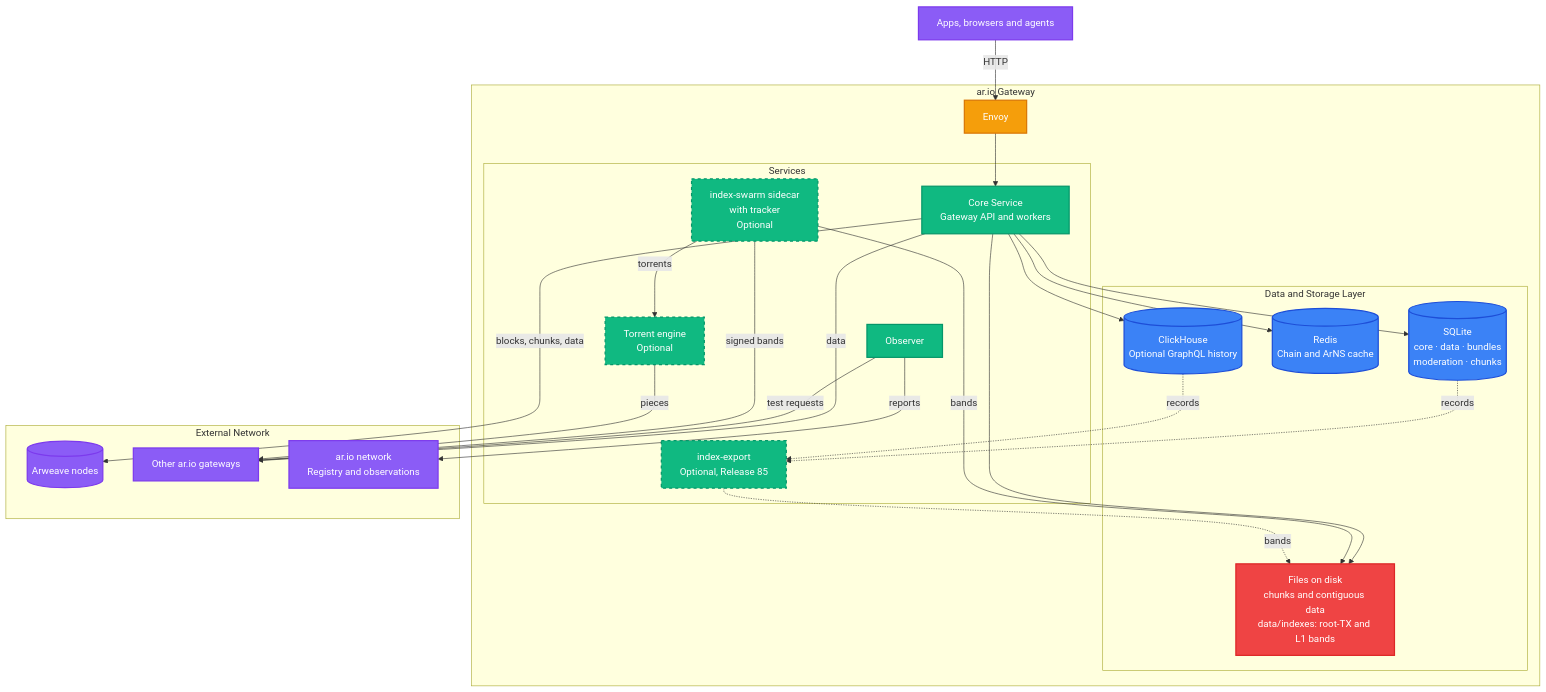
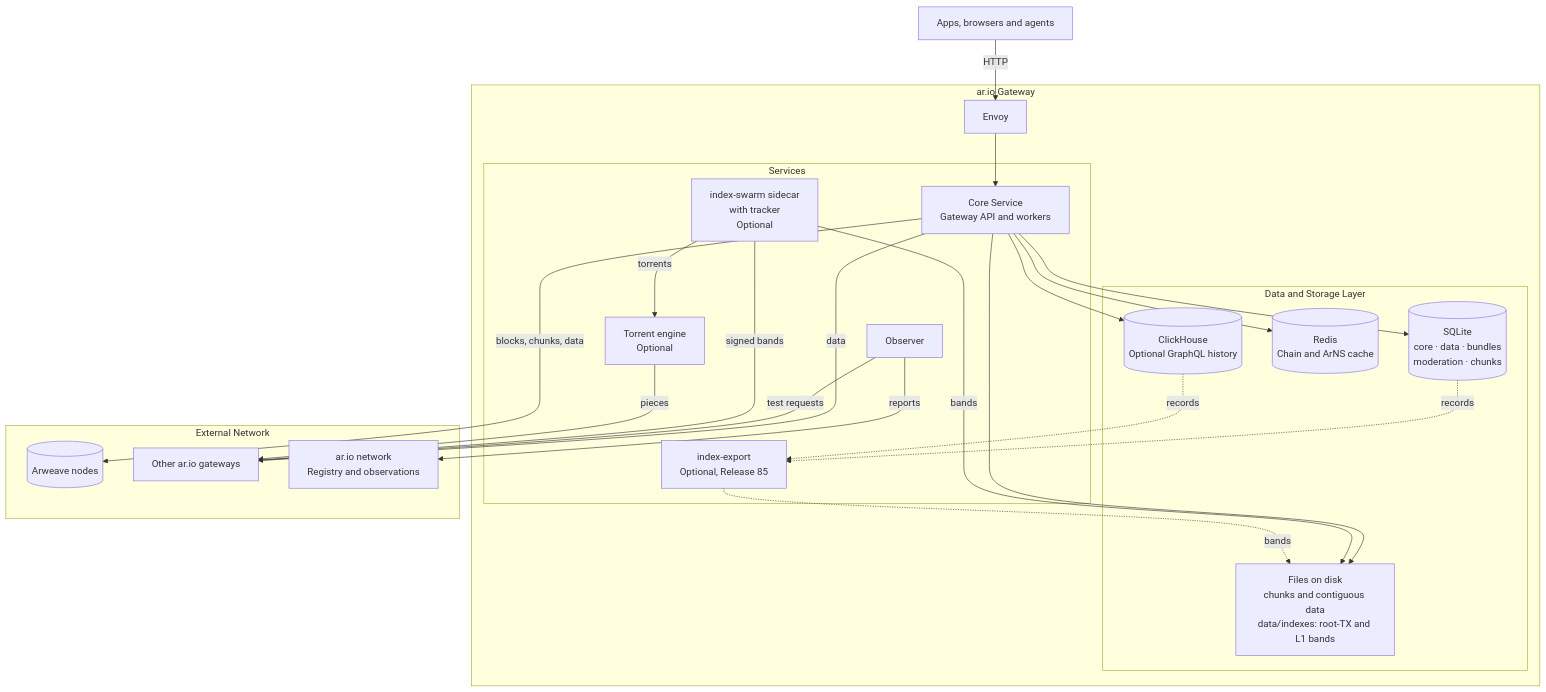
One commit to ar-io/docs changed the diagram in content/learn/gateways/architecture.mdx. Above: the diagram before and after it, drawn with Mermaid. The commit also changed 9 other files, not shown here.

First line of the commit message:
feat(docs): legible, on-brand diagrams

````diff
--- a/content/learn/gateways/architecture.mdx
+++ b/content/learn/gateways/architecture.mdx
@@ -10,63 +10,58 @@
 ```mermaid
 graph TB
     CLIENTS[Apps, browsers and agents]
 
     subgraph Gateway ["ar.io Gateway"]
         ENVOY[Envoy]
 
         subgraph Services ["Services"]
             API[Core Service<br/>Gateway API and workers]
             OBS[Observer]
             SIDE[index-swarm sidecar<br/>with tracker<br/>Optional]
             ENG[Torrent engine<br/>Optional]
             EXP[index-export<br/>Optional, Release 85]
         end
 
         subgraph Local ["Data and Storage Layer"]
             SQL[(SQLite<br/>core · data · bundles<br/>moderation · chunks)]
             REDIS[(Redis<br/>Chain and ArNS cache)]
             CH[(ClickHouse<br/>Optional GraphQL history)]
             FS[Files on disk<br/>chunks and contiguous data<br/>data/indexes: root-TX and L1 bands]
         end
     end
 
     subgraph External ["External Network"]
         ARWEAVE[(Arweave nodes)]
         PEERS[Other ar.io gateways]
         NETWORK[ar.io network<br/>Registry and observations]
     end
 
     CLIENTS -->|HTTP| ENVOY
     ENVOY --> API
 
     API --> SQL
     API --> REDIS
     API --> CH
     API --> FS
     SIDE -->|bands| FS
     SIDE -->|torrents| ENG
     SQL -.->|records| EXP
     CH -.->|records| EXP
     EXP -.->|bands| FS
 
     API -->|blocks, chunks, data| ARWEAVE
     API -->|data| PEERS
     OBS -->|test requests| PEERS
     OBS -->|reports| NETWORK
     SIDE -->|signed bands| PEERS
     ENG -->|pieces| PEERS
 
-    classDef database fill:#3b82f6,stroke:#1d4ed8,stroke-width:2px,color:#fff
-    classDef service fill:#10b981,stroke:#059669,stroke-width:2px,color:#fff
-    classDef proxy fill:#f59e0b,stroke:#d97706,stroke-width:2px,color:#fff
-    classDef external fill:#8b5cf6,stroke:#7c3aed,stroke-width:2px,color:#fff
-    classDef storage fill:#ef4444,stroke:#dc2626,stroke-width:2px,color:#fff
-    classDef optional fill:#10b981,stroke:#059669,stroke-width:2px,color:#fff,stroke-dasharray: 5 5
 
-    class SQL,REDIS,CH database
-    class API,OBS service
-    class SIDE,ENG,EXP optional
-    class ENVOY proxy
-    class CLIENTS,PEERS,ARWEAVE,NETWORK external
-    class FS storage
+    class SQL,REDIS,CH dg-soft
+    class API,OBS dg-strong
+    class SIDE,ENG,EXP dg-strong
+    class SIDE,ENG,EXP dg-dashed
+    class ENVOY dg-muted
+    class CLIENTS,PEERS,ARWEAVE,NETWORK dg-muted
+    class FS dg-soft
 ```
````
